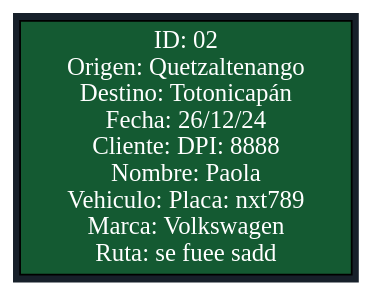
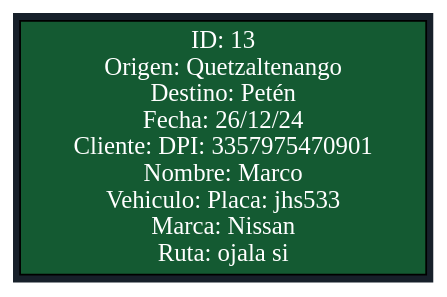
Before and after one commit to Marco131-xel/Edd_Proyecto2: the diagram in Rapidito/Lista_Viajes.dot, drawn with Graphviz. The commit also changed 21 other files, not shown here.

```diff
--- a/Rapidito/Lista_Viajes.dot
+++ b/Rapidito/Lista_Viajes.dot
@@ -1,7 +1,7 @@
 digraph G {
 rankdir=LR;
 bgcolor="#17202a";
 node [shape=record, style=filled, fillcolor="#145a32", fontcolor="white"];
 edge [color="white"];
-nodo0 [label="ID: 02\nOrigen: Quetzaltenango\nDestino: Totonicapán\nFecha: 26/12/24\nCliente: DPI: 8888\nNombre: Paola\nVehiculo: Placa: nxt789\nMarca: Volkswagen\nRuta: se fuee sadd"];
+nodo0 [label="ID: 13\nOrigen: Quetzaltenango\nDestino: Petén\nFecha: 26/12/24\nCliente: DPI: 3357975470901\nNombre:  Marco\nVehiculo: Placa: jhs533\nMarca: Nissan\nRuta: ojala si"];
 }
```
